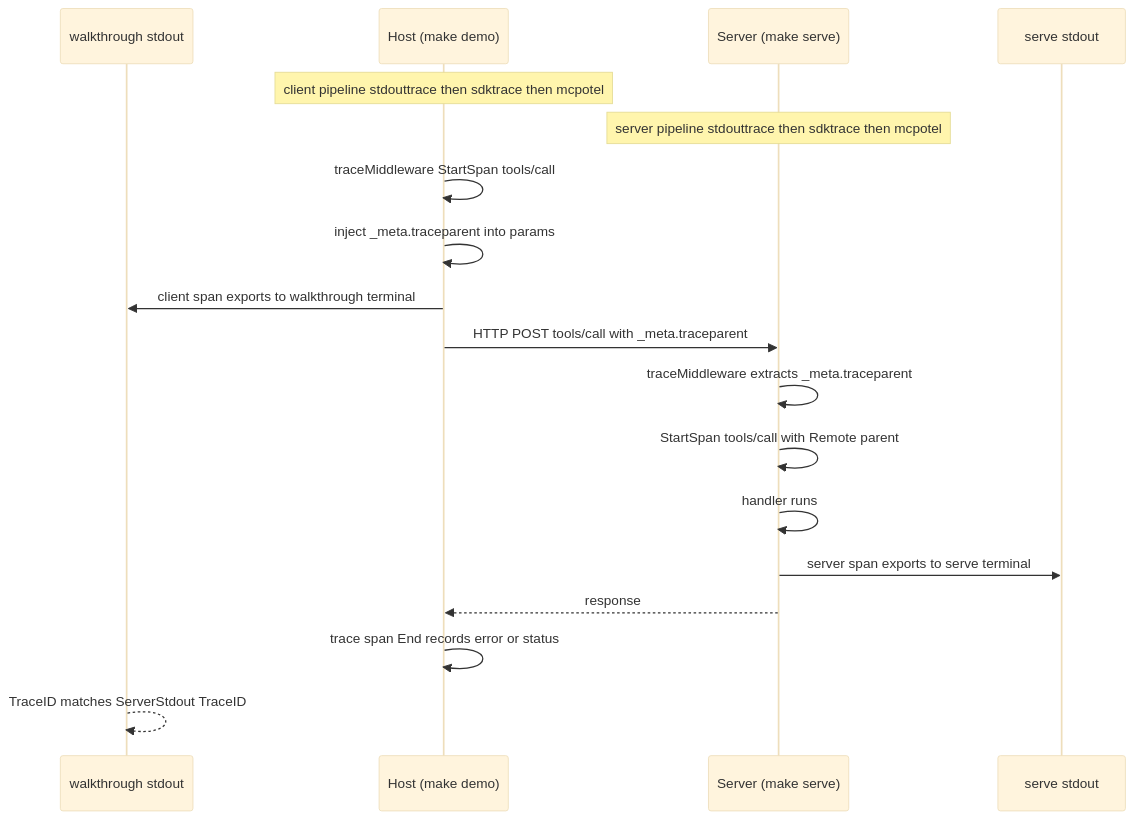
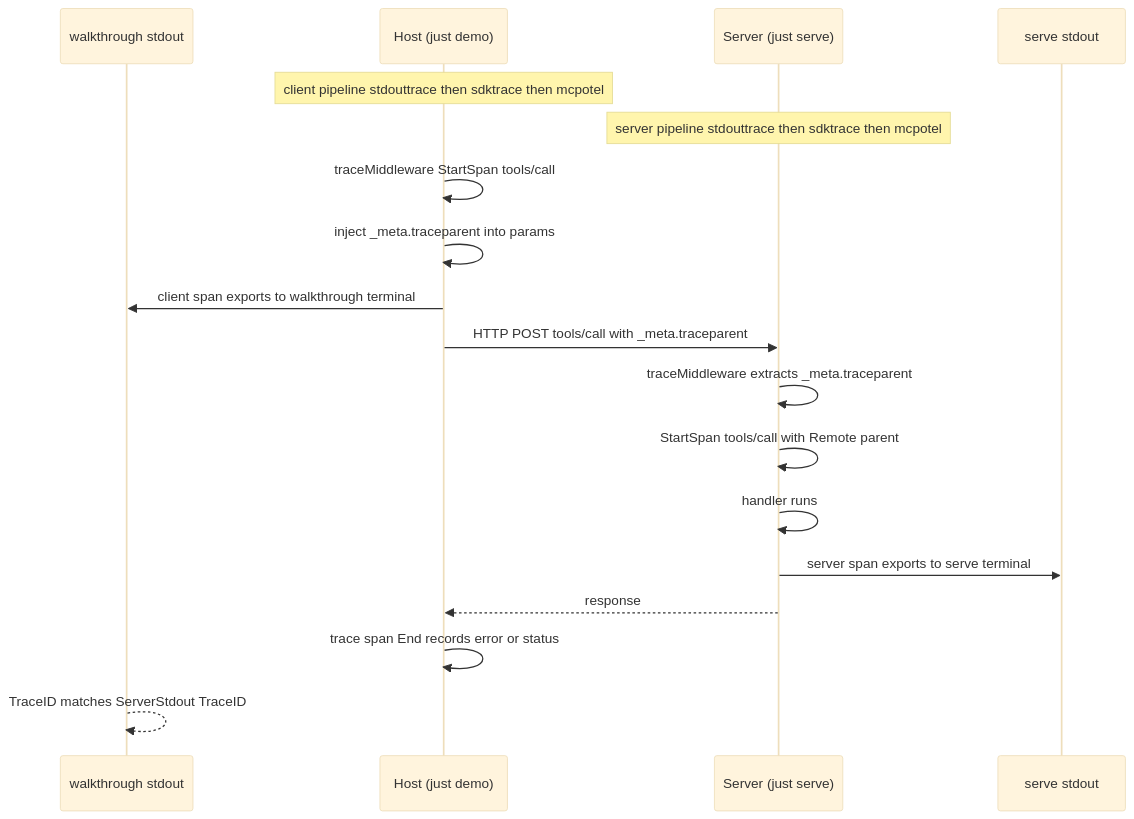
One commit to panyam/mcpkit changed the diagram in examples/otel/stdout/README.md. Above: the diagram before and after it, drawn with Mermaid (base theme). The commit also changed other lines of this file and 293 other files, not shown here.

````diff
--- a/examples/otel/stdout/README.md
+++ b/examples/otel/stdout/README.md
@@ -75,22 +75,22 @@
 ```mermaid
 sequenceDiagram
     participant HostStdout as walkthrough stdout
-    participant H as Host (make demo)
-    participant SRV as Server (make serve)
+    participant H as Host (just demo)
+    participant SRV as Server (just serve)
     participant ServerStdout as serve stdout
 
     Note over H: client pipeline stdouttrace then sdktrace then mcpotel
     Note over SRV: server pipeline stdouttrace then sdktrace then mcpotel
 
     H->>H: traceMiddleware StartSpan tools/call
     H->>H: inject _meta.traceparent into params
     H->>HostStdout: client span exports to walkthrough terminal
     H->>SRV: HTTP POST tools/call with _meta.traceparent
     SRV->>SRV: traceMiddleware extracts _meta.traceparent
     SRV->>SRV: StartSpan tools/call with Remote parent
     SRV->>SRV: handler runs
     SRV->>ServerStdout: server span exports to serve terminal
     SRV-->>H: response
     H->>H: trace span End records error or status
     HostStdout-->>HostStdout: TraceID matches ServerStdout TraceID
 ```
````
